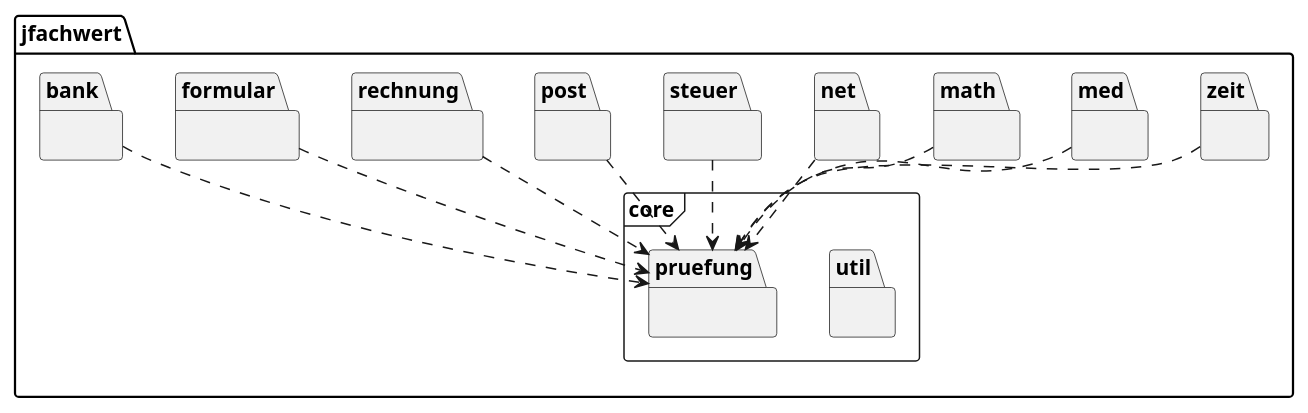
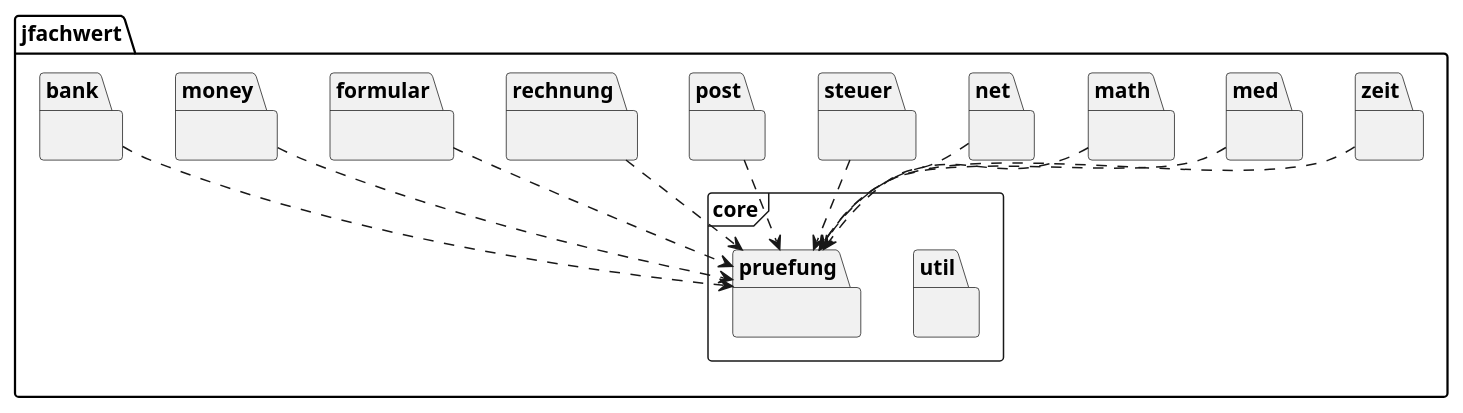
Before and after one commit to oboehm/jfachwert: the diagram in src/main/asciidoc/images/packages.puml, drawn with PlantUML. The commit also changed 6 other files, not shown here.

```diff
--- a/src/main/asciidoc/images/packages.puml
+++ b/src/main/asciidoc/images/packages.puml
@@ -1,52 +1,55 @@
 @startuml
 
 package "jfachwert" {
 
     package "zeit" {
     }
-
 
     package "med" {
     }
 
     package "math" {
     }
 
     package "net" {
     }
 
     package "steuer" {
     }
 
     package "post" {
     }
 
     package "rechnung" {
     }
 
     package "formular" {
     }
 
+    package "money" {
+    }
+
     package "bank" {
     }
 
     frame "core" {
         package "util" {
         }
         package "pruefung" {
         }
     }
 
     bank ..> pruefung
+    money ..> pruefung
     formular ..> pruefung
     steuer ..> pruefung
     post ..> pruefung
     rechnung ..> pruefung
     net ..> pruefung
     med ..> pruefung
     math ..> pruefung
     zeit ..> pruefung
 
 }
 
 @enduml
```
